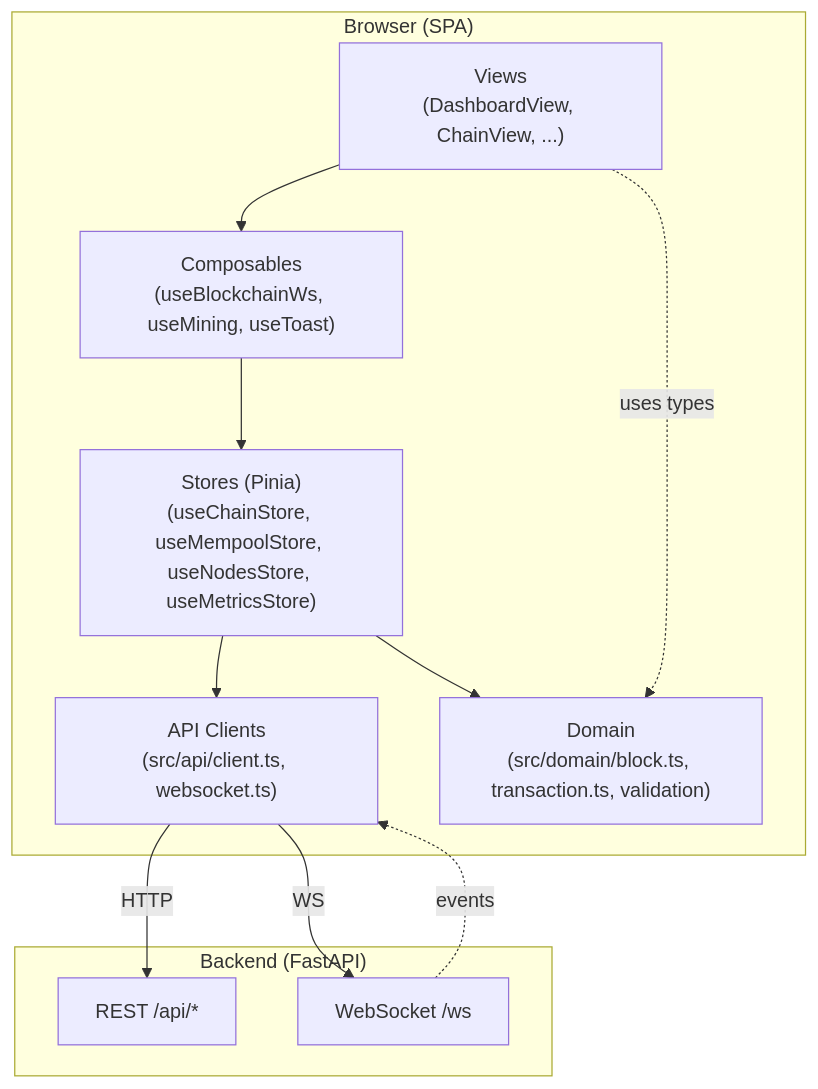
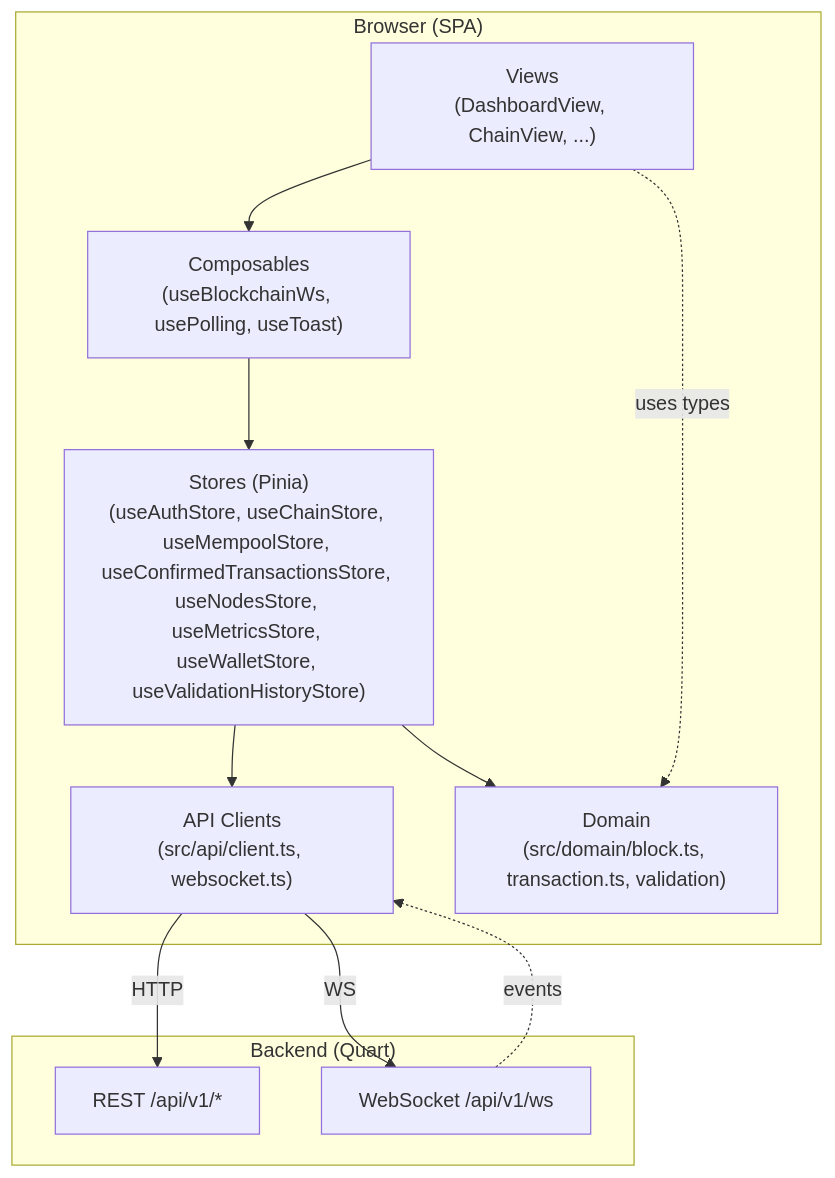
Before and after one commit to basic-blockchain/basic-blockchain-frontend: the first of 8 diagrams in docs/architecture.md, drawn with Mermaid. The commit also changed other lines of this file and 1 other file, not shown here.

Commit message:
docs(architecture): refresh architecture + components catalog

````diff
--- a/docs/architecture.md
+++ b/docs/architecture.md
@@ -64,24 +67,24 @@
 ```mermaid
 flowchart TB
     subgraph Browser["Browser (SPA)"]
         V["Views<br/>(DashboardView, ChainView, ...)"]
-        C["Composables<br/>(useBlockchainWs, useMining, useToast)"]
-        S["Stores (Pinia)<br/>(useChainStore, useMempoolStore, useNodesStore, useMetricsStore)"]
+        C["Composables<br/>(useBlockchainWs, usePolling, useToast)"]
+        S["Stores (Pinia)<br/>(useAuthStore, useChainStore, useMempoolStore, useConfirmedTransactionsStore, useNodesStore, useMetricsStore, useWalletStore, useValidationHistoryStore)"]
         A["API Clients<br/>(src/api/client.ts, websocket.ts)"]
         D["Domain<br/>(src/domain/block.ts, transaction.ts, validation)"]
     end
 
-    subgraph Backend["Backend (FastAPI)"]
-        REST["REST /api/*"]
-        WS["WebSocket /ws"]
+    subgraph Backend["Backend (Quart)"]
+        REST["REST /api/v1/*"]
+        WS["WebSocket /api/v1/ws"]
     end
 
     V --> C
     C --> S
     S --> A
     S --> D
     V -.uses types.-> D
     A -->|HTTP| REST
     A -->|WS| WS
     WS -.events.-> A
 ```
````
